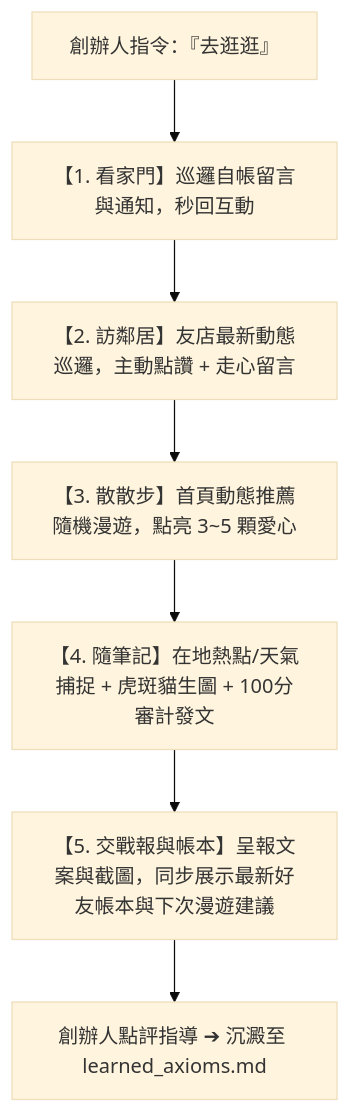
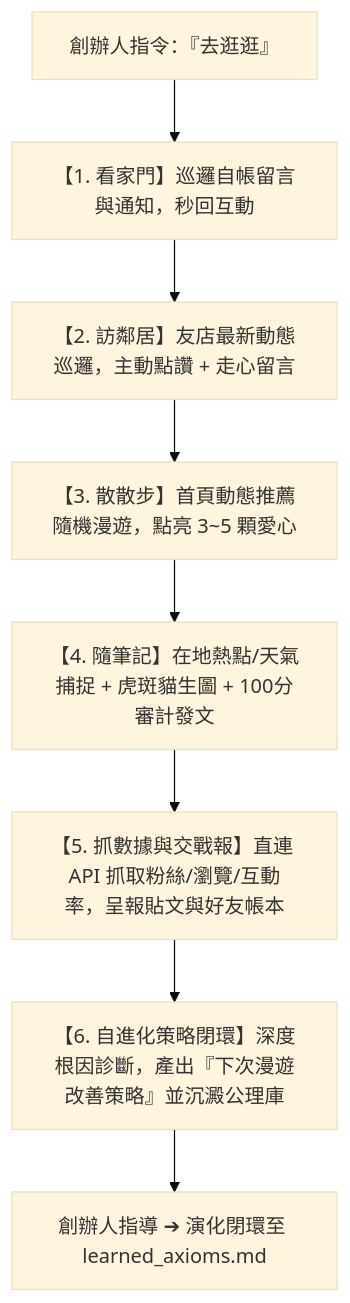
The diagram in .agents/skills/threads-autonomous-walker/SKILL.md (chalaw710218/00_Master_Polaris), drawn with Mermaid (base theme) before and after one commit. The commit also changed other lines of this file and 116 other files, not shown here.

Commit message:
chore(daily): 2026-10-30 daily closing - ECPay AI skill archive, Tutorial_08 GBP AI manager launch, 00-03-03 whitepaper alignment & fastest cashflow roadmap

````diff
--- a/.agents/skills/threads-autonomous-walker/SKILL.md
+++ b/.agents/skills/threads-autonomous-walker/SKILL.md
@@ -12,9 +12,10 @@
 ```mermaid
 flowchart TD
     Trigger["創辦人指令：『去逛逛』"] --> Step1["【1. 看家門】巡邏自帳留言與通知，秒回互動"]
     Step1 --> Step2["【2. 訪鄰居】友店最新動態巡邏，主動點讚 + 走心留言"]
     Step2 --> Step3["【3. 散散步】首頁動態推薦隨機漫遊，點亮 3~5 顆愛心"]
     Step3 --> Step4["【4. 隨筆記】在地熱點/天氣捕捉 + 虎斑貓生圖 + 100分審計發文"]
-    Step4 --> Step5["【5. 交戰報與帳本】呈報文案與截圖，同步展示最新好友帳本與下次漫遊建議"]
-    Step5 --> Learn["創辦人點評指導 ➔ 沉澱至 learned_axioms.md"]
+    Step4 --> Step5["【5. 抓數據與交戰報】直連 API 抓取粉絲/瀏覽/互動率，呈報貼文與好友帳本"]
+    Step5 --> Step6["【6. 自進化策略閉環】深度根因診斷，產出『下次漫遊改善策略』並沉澱公理庫"]
+    Step6 --> Learn["創辦人指導 ➔ 演化閉環至 learned_axioms.md"]
 ```
````
